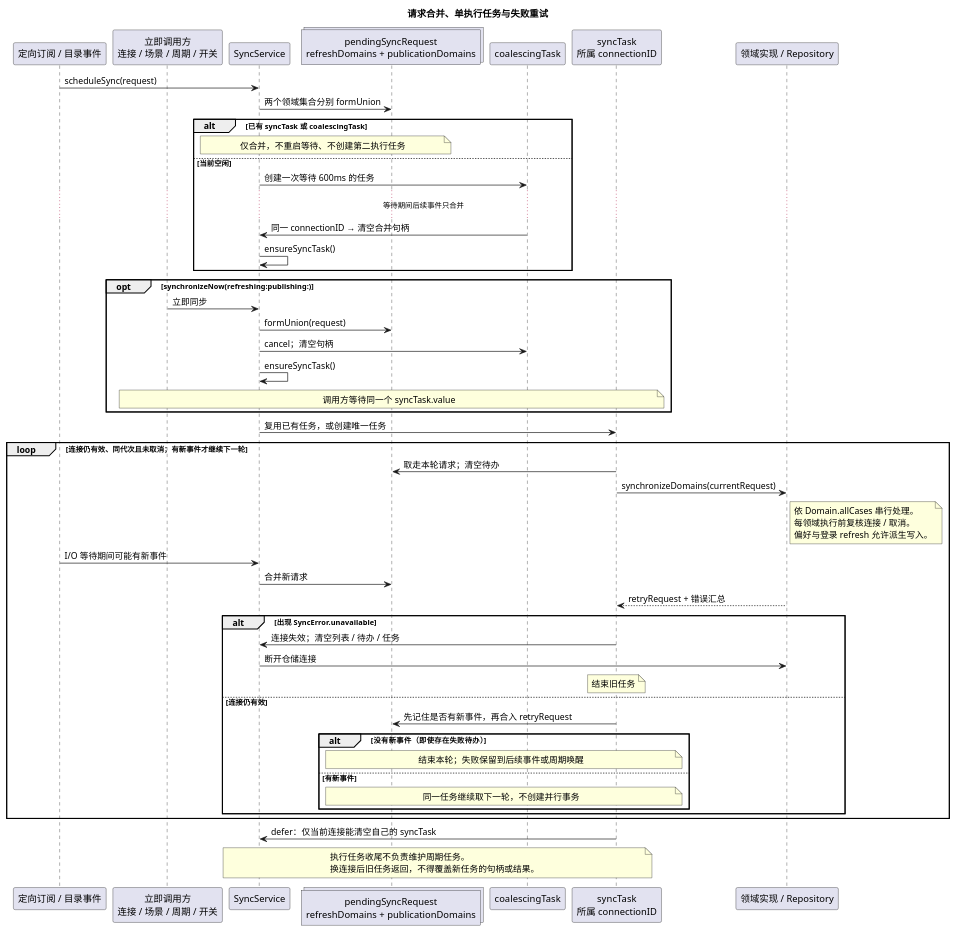
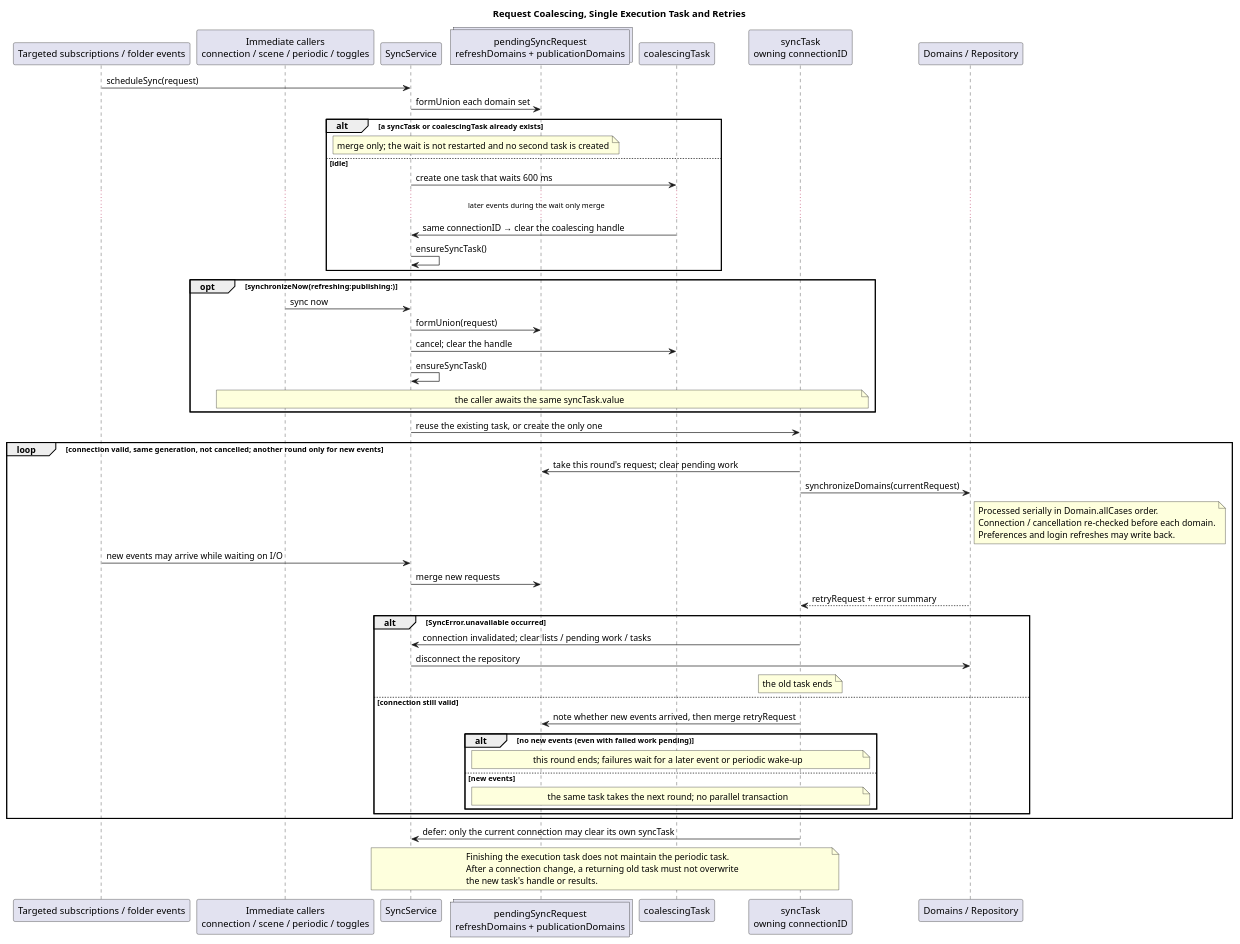
Before and after one commit to Aut-B/kumone: the diagram in docs/icloud-sync/scheduling.puml, drawn with PlantUML. The commit also changed 15 other files, not shown here.

Commit message:
docs(sync): translate sync diagrams to English

```diff
--- a/docs/icloud-sync/scheduling.puml
+++ b/docs/icloud-sync/scheduling.puml
@@ -1,63 +1,64 @@
 @startuml scheduling
-skinparam defaultFontName PingFang SC
+skinparam defaultFontName Helvetica
 skinparam shadowing false
-title 请求合并、单执行任务与失败重试
+title Request Coalescing, Single Execution Task and Retries
 
-participant "定向订阅 / 目录事件" as Event
-participant "立即调用方\n连接 / 场景 / 周期 / 开关" as Caller
+participant "Targeted subscriptions / folder events" as Event
+participant "Immediate callers\nconnection / scene / periodic / toggles" as Caller
 participant "SyncService" as Service
 collections "pendingSyncRequest\nrefreshDomains + publicationDomains" as Pending
 participant "coalescingTask" as Window
-participant "syncTask\n所属 connectionID" as Worker
-participant "领域实现 / Repository" as Domains
+participant "syncTask\nowning connectionID" as Worker
+participant "Domains / Repository" as Domains
 
 Event -> Service : scheduleSync(request)
-Service -> Pending : 两个领域集合分别 formUnion
-alt 已有 syncTask 或 coalescingTask
-  note over Service,Pending : 仅合并，不重启等待、不创建第二执行任务
-else 当前空闲
-  Service -> Window : 创建一次等待 600ms 的任务
-  ... 等待期间后续事件只合并 ...
-  Window -> Service : 同一 connectionID → 清空合并句柄
+Service -> Pending : formUnion each domain set
+alt a syncTask or coalescingTask already exists
+  note over Service,Pending : merge only; the wait is not restarted and no second task is created
+else idle
+  Service -> Window : create one task that waits 600 ms
+  ... later events during the wait only merge ...
+  Window -> Service : same connectionID → clear the coalescing handle
   Service -> Service : ensureSyncTask()
 end
 
 opt synchronizeNow(refreshing:publishing:)
-  Caller -> Service : 立即同步
+  Caller -> Service : sync now
   Service -> Pending : formUnion(request)
-  Service -> Window : cancel；清空句柄
+  Service -> Window : cancel; clear the handle
   Service -> Service : ensureSyncTask()
-  note over Caller,Worker : 调用方等待同一个 syncTask.value
+  note over Caller,Worker : the caller awaits the same syncTask.value
 end
 
-Service -> Worker : 复用已有任务，或创建唯一任务
-loop 连接仍有效、同代次且未取消；有新事件才继续下一轮
-  Worker -> Pending : 取走本轮请求；清空待办
+Service -> Worker : reuse the existing task, or create the only one
+loop connection valid, same generation, not cancelled; another round only for new events
+  Worker -> Pending : take this round's request; clear pending work
   Worker -> Domains : synchronizeDomains(currentRequest)
   note right of Domains
-    依 Domain.allCases 串行处理。
-    每领域执行前复核连接 / 取消。
-    偏好与登录 refresh 允许派生写入。
+    Processed serially in Domain.allCases order.
+    Connection / cancellation re-checked before each domain.
+    Preferences and login refreshes may write back.
   end note
-  Event -> Service : I/O 等待期间可能有新事件
-  Service -> Pending : 合并新请求
-  Domains --> Worker : retryRequest + 错误汇总
-  alt 出现 SyncError.unavailable
-    Worker -> Service : 连接失效；清空列表 / 待办 / 任务
-    Service -> Domains : 断开仓储连接
-    note over Worker : 结束旧任务
-  else 连接仍有效
-    Worker -> Pending : 先记住是否有新事件，再合入 retryRequest
-    alt 没有新事件（即使存在失败待办）
-      note over Worker,Pending : 结束本轮；失败保留到后续事件或周期唤醒
-    else 有新事件
-      note over Worker,Pending : 同一任务继续取下一轮，不创建并行事务
+  Event -> Service : new events may arrive while waiting on I/O
+  Service -> Pending : merge new requests
+  Domains --> Worker : retryRequest + error summary
+  alt SyncError.unavailable occurred
+    Worker -> Service : connection invalidated; clear lists / pending work / tasks
+    Service -> Domains : disconnect the repository
+    note over Worker : the old task ends
+  else connection still valid
+    Worker -> Pending : note whether new events arrived, then merge retryRequest
+    alt no new events (even with failed work pending)
+      note over Worker,Pending : this round ends; failures wait for a later event or periodic wake-up
+    else new events
+      note over Worker,Pending : the same task takes the next round; no parallel transaction
     end
   end
 end
-Worker -> Service : defer：仅当前连接能清空自己的 syncTask
+Worker -> Service : defer: only the current connection may clear its own syncTask
 note over Service,Worker
-  执行任务收尾不负责维护周期任务。
-  换连接后旧任务返回，不得覆盖新任务的句柄或结果。
+  Finishing the execution task does not maintain the periodic task.
+  After a connection change, a returning old task must not overwrite
+  the new task's handle or results.
 end note
 @enduml
```
